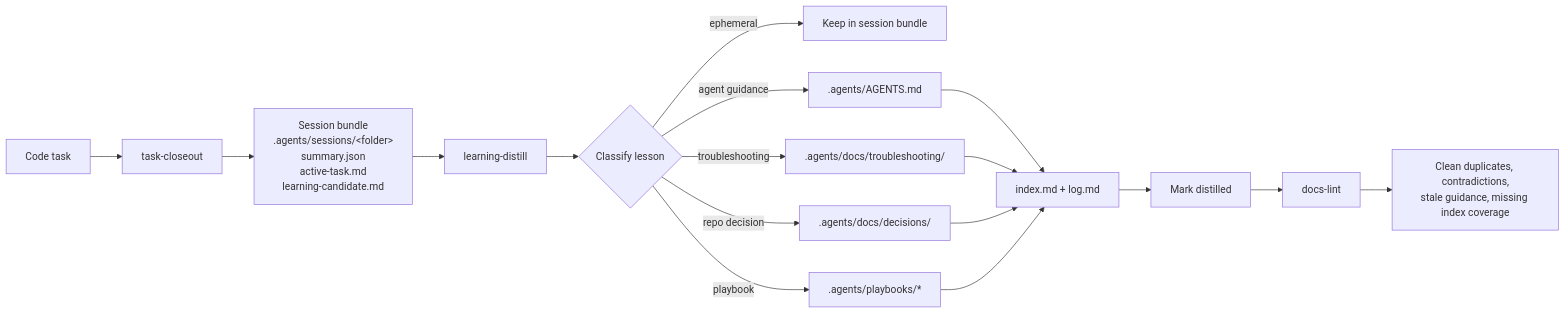
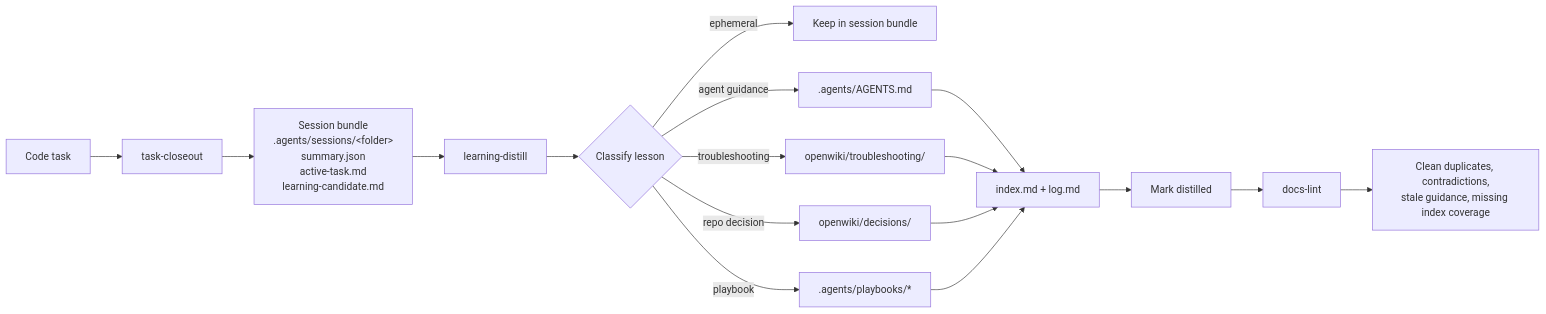
Before and after one commit to Hypercubed/Agent-Knowledge-Starter-Kit: the diagram in README.md, drawn with Mermaid. The commit also changed other lines of this file and 174 other files, not shown here.

````diff
--- a/README.md
+++ b/README.md
@@ -83,24 +84,24 @@
 ```mermaid
 flowchart LR
     A[Code task]
     A --> B[task-closeout]
     B --> C[Session bundle<br/>.agents/sessions/&lt;folder&gt;<br/>summary.json<br/>active-task.md<br/>learning-candidate.md]
 
     C --> D[learning-distill]
     D --> E{Classify lesson}
 
     E -->|ephemeral| F[Keep in session bundle]
     E -->|agent guidance| G[.agents/AGENTS.md]
-    E -->|troubleshooting| H[.agents/docs/troubleshooting/]
-    E -->|repo decision| I[.agents/docs/decisions/]
+    E -->|troubleshooting| H[openwiki/troubleshooting/]
+    E -->|repo decision| I[openwiki/decisions/]
     E -->|playbook| J[.agents/playbooks/*]
 
     G --> K[index.md + log.md]
     H --> K
     I --> K
     J --> K
 
     K --> L[Mark distilled]
     L --> M[docs-lint]
     M --> N[Clean duplicates, contradictions,<br/>stale guidance, missing index coverage]
 ```
````
